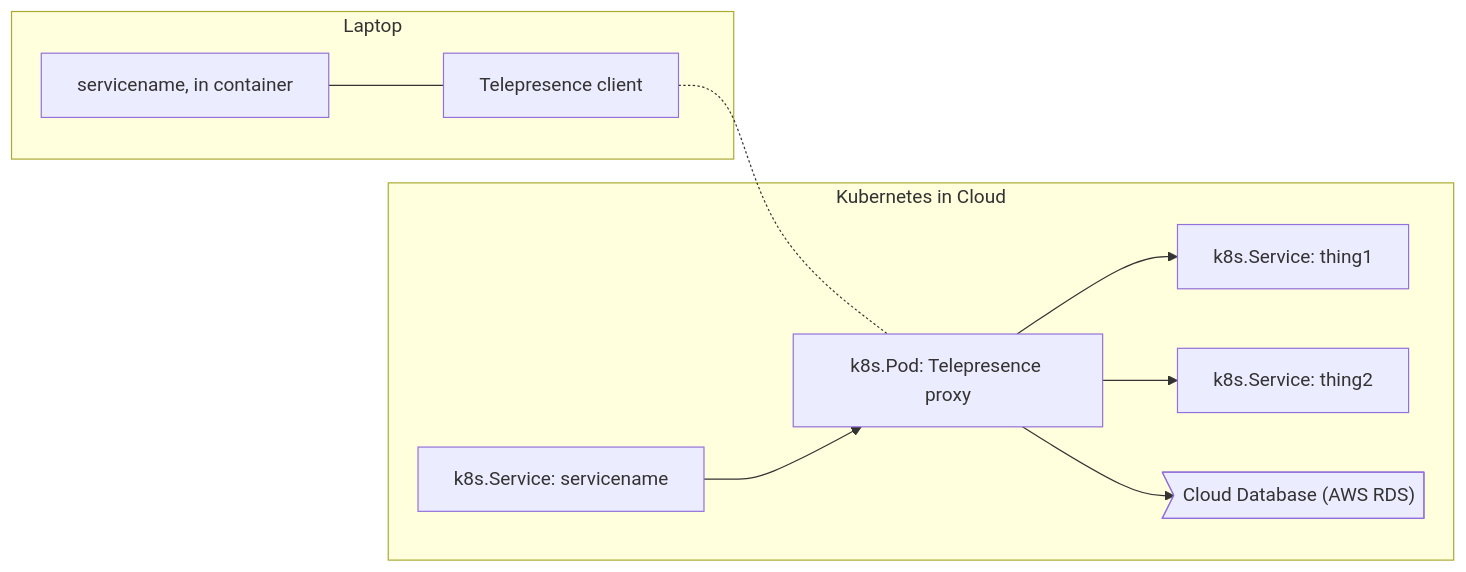
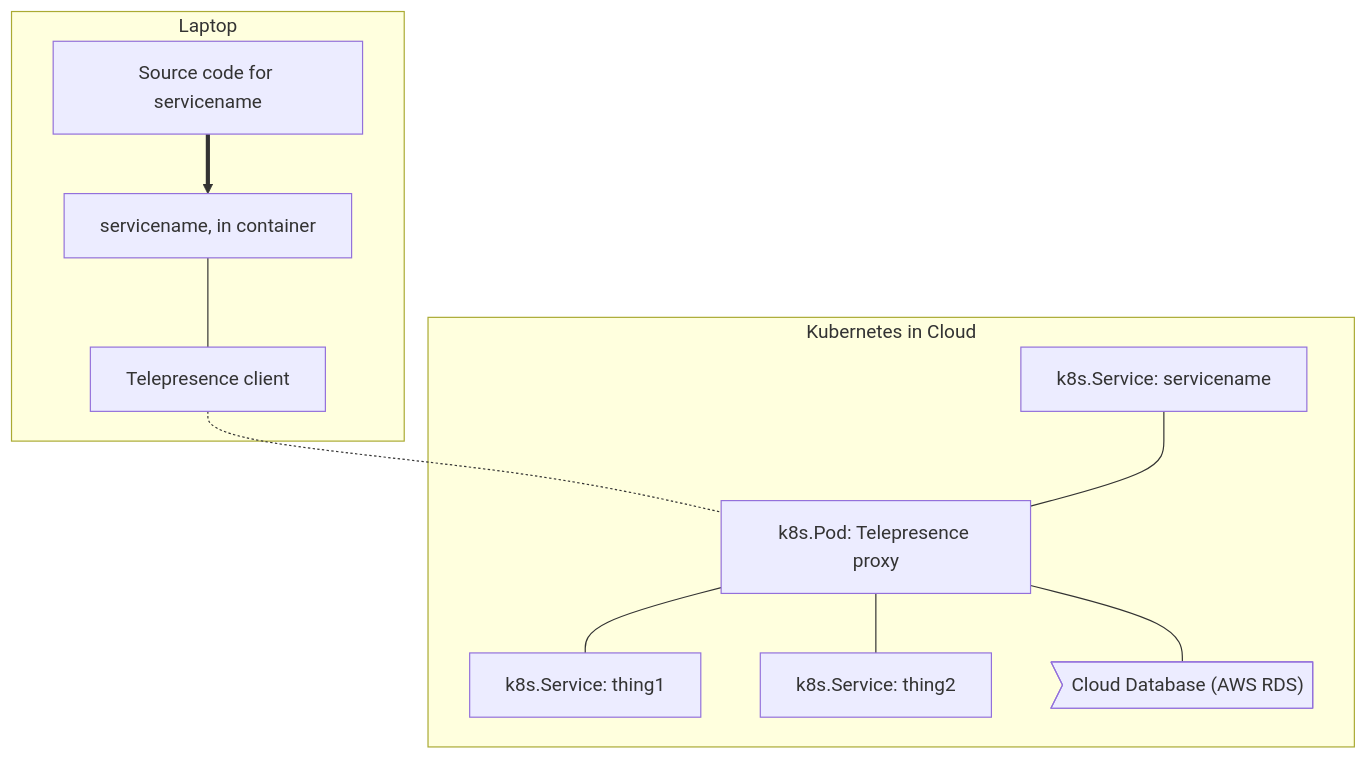
The third of 4 diagrams in index.md (telepresenceio/telepresence.io), drawn with Mermaid before and after one commit. The commit also changed other lines of this file, not shown here.

```diff
--- a/index.md
+++ b/index.md
@@ -31,13 +69,14 @@
 <div class="mermaid">
-graph LR
+graph TD
   subgraph Laptop
-    code["servicename, in container"]---client[Telepresence client]
+    code["Source code for servicename"]==>local["servicename, in container"]
+    local---client[Telepresence client]
   end
   subgraph Kubernetes in Cloud
     client-.-proxy["k8s.Pod: Telepresence proxy"]
-    s1["k8s.Service: servicename"]-->proxy
-    proxy-->s2["k8s.Service: thing1"]
-    proxy-->s3["k8s.Service: thing2"]
-    proxy-->c1>"Cloud Database (AWS RDS)"]
+    s1["k8s.Service: servicename"]---proxy
+    proxy---s2["k8s.Service: thing1"]
+    proxy---s3["k8s.Service: thing2"]
+    proxy---c1>"Cloud Database (AWS RDS)"]
   end
 </div>
```
